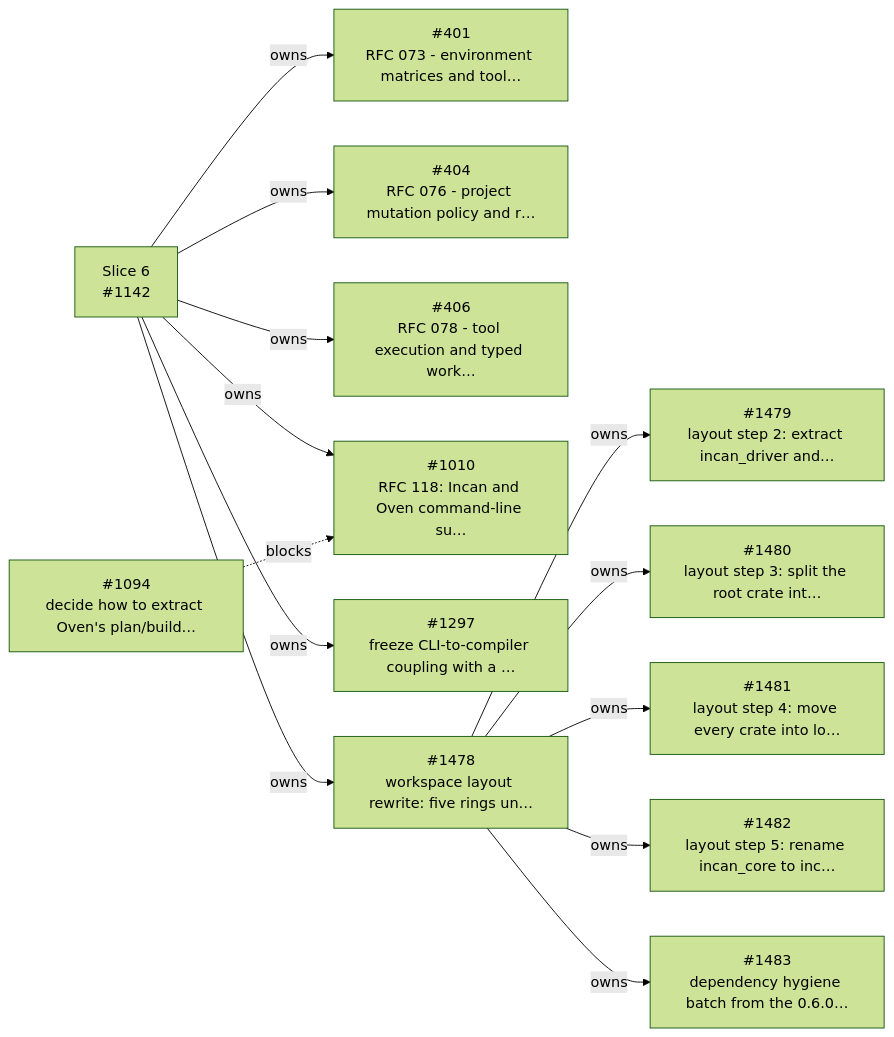
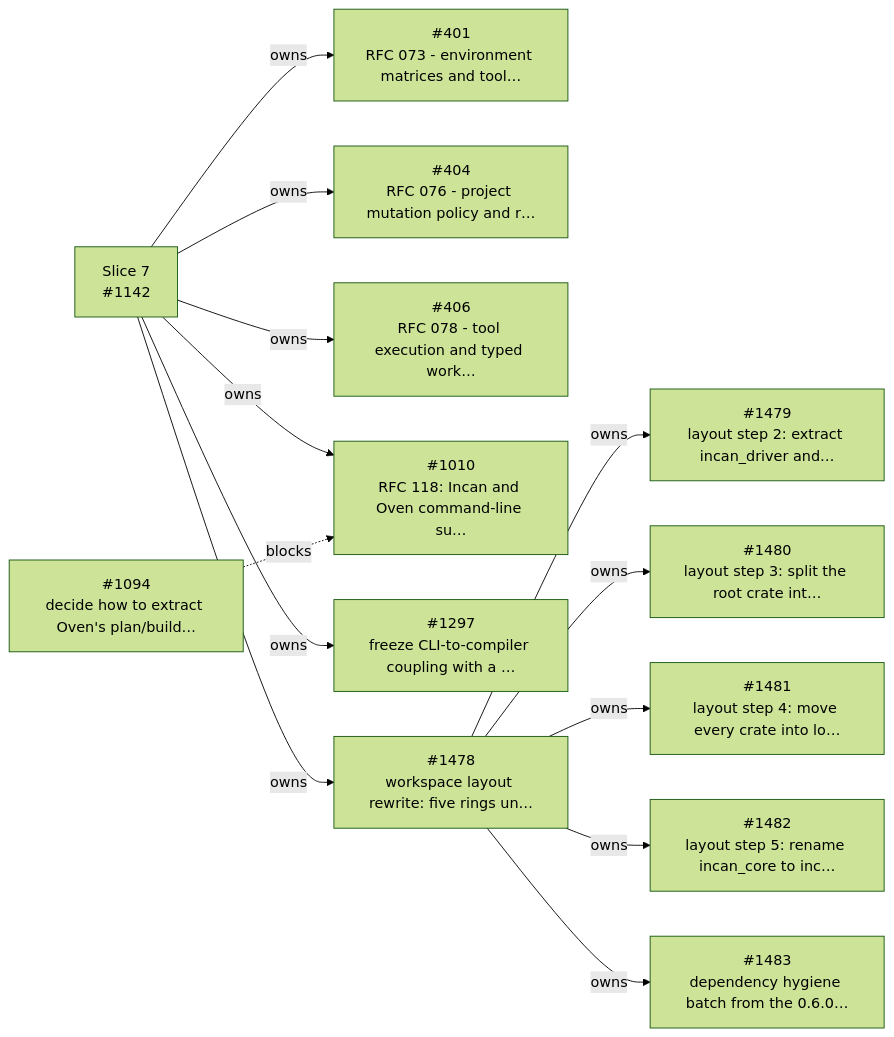
One commit to encero-systems/incan changed the seventh of 12 diagrams in workspaces/docs-site/docs/_snippets/project/v0_6_roadmap.md. Above: the diagram before and after it, drawn with Mermaid (forest theme). The commit also changed other lines of this file and 7 other files, not shown here.

````diff
--- a/workspaces/docs-site/docs/_snippets/project/v0_6_roadmap.md
+++ b/workspaces/docs-site/docs/_snippets/project/v0_6_roadmap.md
@@ -430,41 +464,41 @@
 ```mermaid
 flowchart LR
   i401["#401<br/>RFC 073 - environment matrices and tool…"]
   i404["#404<br/>RFC 076 - project mutation policy and r…"]
   i406["#406<br/>RFC 078 - tool execution and typed work…"]
   i1010["#1010<br/>RFC 118: Incan and Oven command-line su…"]
   i1094["#1094<br/>decide how to extract Oven's plan/build…"]
-  s1142["Slice 6<br/>#1142"]
+  s1142["Slice 7<br/>#1142"]
   i1297["#1297<br/>freeze CLI-to-compiler coupling with a …"]
   i1478["#1478<br/>workspace layout rewrite: five rings un…"]
   i1479["#1479<br/>layout step 2: extract incan_driver and…"]
   i1480["#1480<br/>layout step 3: split the root crate int…"]
   i1481["#1481<br/>layout step 4: move every crate into lo…"]
   i1482["#1482<br/>layout step 5: rename incan_core to inc…"]
   i1483["#1483<br/>dependency hygiene batch from the 0.6.0…"]
   s1142 -- owns --> i401
   s1142 -- owns --> i404
   s1142 -- owns --> i406
   s1142 -- owns --> i1010
   s1142 -- owns --> i1297
   s1142 -- owns --> i1478
   i1478 -- owns --> i1479
   i1478 -- owns --> i1480
   i1478 -- owns --> i1481
   i1478 -- owns --> i1482
   i1478 -- owns --> i1483
   i1094 -. blocks .-> i1010
   click i401 href "https://github.com/encero-systems/incan/issues/401" "Open #401 on GitHub"
   click i404 href "https://github.com/encero-systems/incan/issues/404" "Open #404 on GitHub"
   click i406 href "https://github.com/encero-systems/incan/issues/406" "Open #406 on GitHub"
   click i1010 href "https://github.com/encero-systems/incan/issues/1010" "Open #1010 on GitHub"
   click i1094 href "https://github.com/encero-systems/incan/issues/1094" "Open #1094 on GitHub"
   click s1142 href "https://github.com/encero-systems/incan/issues/1142" "Open #1142 on GitHub"
   click i1297 href "https://github.com/encero-systems/incan/issues/1297" "Open #1297 on GitHub"
   click i1478 href "https://github.com/encero-systems/incan/issues/1478" "Open #1478 on GitHub"
   click i1479 href "https://github.com/encero-systems/incan/issues/1479" "Open #1479 on GitHub"
   click i1480 href "https://github.com/encero-systems/incan/issues/1480" "Open #1480 on GitHub"
   click i1481 href "https://github.com/encero-systems/incan/issues/1481" "Open #1481 on GitHub"
   click i1482 href "https://github.com/encero-systems/incan/issues/1482" "Open #1482 on GitHub"
   click i1483 href "https://github.com/encero-systems/incan/issues/1483" "Open #1483 on GitHub"
 ```
````
